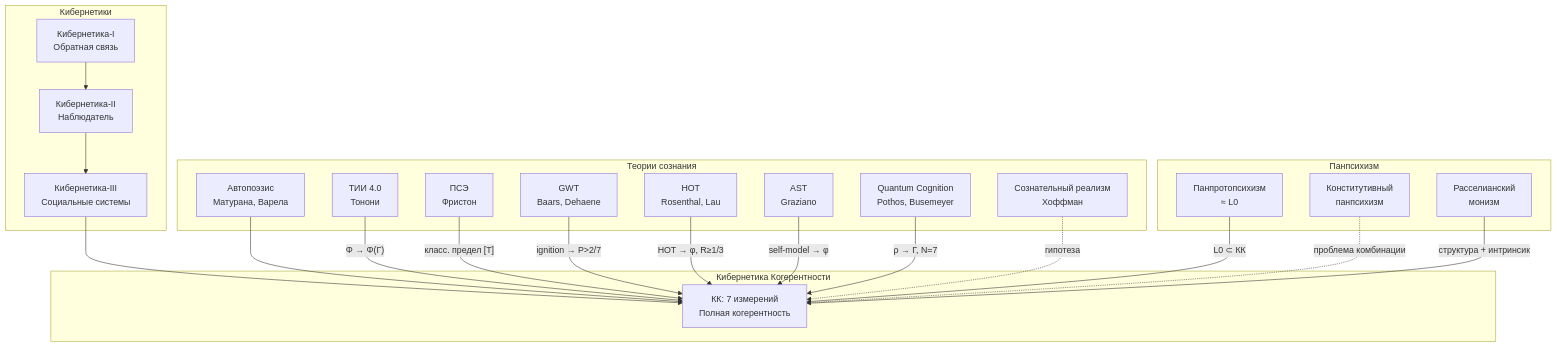
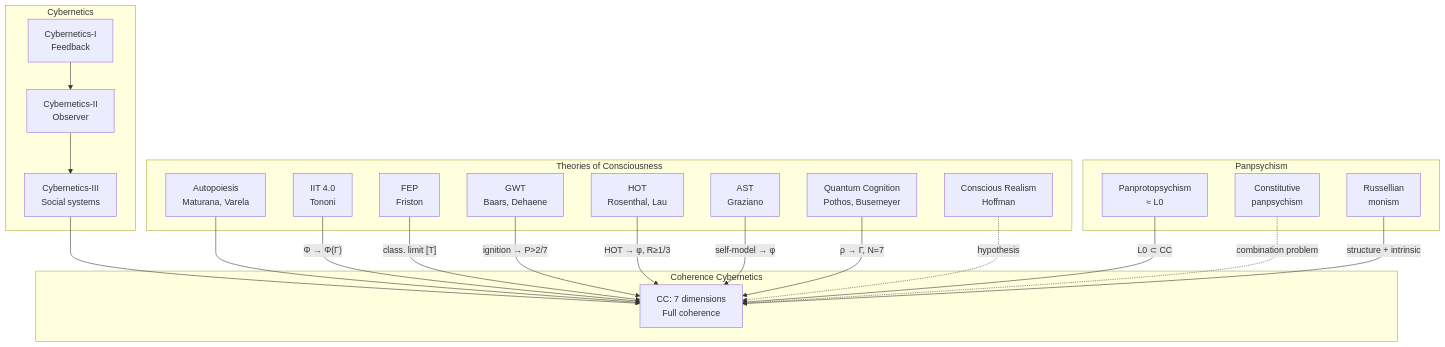
One commit to gst-st/uhm changed the first of 2 diagrams in website/docs/consciousness/comparative/consciousness-theories.md. Above: the diagram before and after it, drawn with Mermaid. The commit also changed other lines of this file and 79 other files, not shown here.

Commit message:
translate: consciousness + remaining sections — full English translation of 79 files

````diff
--- a/website/docs/consciousness/comparative/consciousness-theories.md
+++ b/website/docs/consciousness/comparative/consciousness-theories.md
@@ -460,38 +460,38 @@
 ```mermaid
 graph TB
-    subgraph "Кибернетика Когерентности"
-        KK[КК: 7 измерений<br/>Полная когерентность]
+    subgraph "Coherence Cybernetics"
+        KK[CC: 7 dimensions<br/>Full coherence]
     end
-    subgraph "Кибернетики"
-        C1[Кибернетика-I<br/>Обратная связь]
-        C2[Кибернетика-II<br/>Наблюдатель]
-        C3[Кибернетика-III<br/>Социальные системы]
+    subgraph "Cybernetics"
+        C1[Cybernetics-I<br/>Feedback]
+        C2[Cybernetics-II<br/>Observer]
+        C3[Cybernetics-III<br/>Social systems]
     end
-    subgraph "Теории сознания"
-        AP[Автопоэзис<br/>Матурана, Варела]
-        IIT[ТИИ 4.0<br/>Тонони]
-        FEP[ПСЭ<br/>Фристон]
+    subgraph "Theories of Consciousness"
+        AP[Autopoiesis<br/>Maturana, Varela]
+        IIT[IIT 4.0<br/>Tononi]
+        FEP[FEP<br/>Friston]
         GWT2[GWT<br/>Baars, Dehaene]
         HOT2[HOT<br/>Rosenthal, Lau]
         AST2[AST<br/>Graziano]
         QC2[Quantum Cognition<br/>Pothos, Busemeyer]
-        CR[Сознательный реализм<br/>Хоффман]
+        CR[Conscious Realism<br/>Hoffman]
     end
-    subgraph "Панпсихизм"
-        PP[Панпротопсихизм<br/>≈ L0]
-        PC[Конститутивный<br/>панпсихизм]
-        RM[Расселианский<br/>монизм]
+    subgraph "Panpsychism"
+        PP[Panprotopsychism<br/>≈ L0]
+        PC[Constitutive<br/>panpsychism]
+        RM[Russellian<br/>monism]
     end
     C1 --> C2 --> C3 --> KK
     AP --> KK
     IIT -->|"Φ → Φ(Γ)"| KK
-    FEP -->|"класс. предел [Т]"| KK
+    FEP -->|"class. limit [T]"| KK
     GWT2 -->|"ignition → P>2/7"| KK
     HOT2 -->|"HOT → φ, R≥1/3"| KK
     AST2 -->|"self-model → φ"| KK
     QC2 -->|"ρ → Γ, N=7"| KK
-    CR -.->|"гипотеза"| KK
-    PP -->|"L0 ⊂ КК"| KK
-    PC -.->|"проблема комбинации"| KK
-    RM -->|"структура + интринсик"| KK
+    CR -.->|"hypothesis"| KK
+    PP -->|"L0 ⊂ CC"| KK
+    PC -.->|"combination problem"| KK
+    RM -->|"structure + intrinsic"| KK
 ```
````
